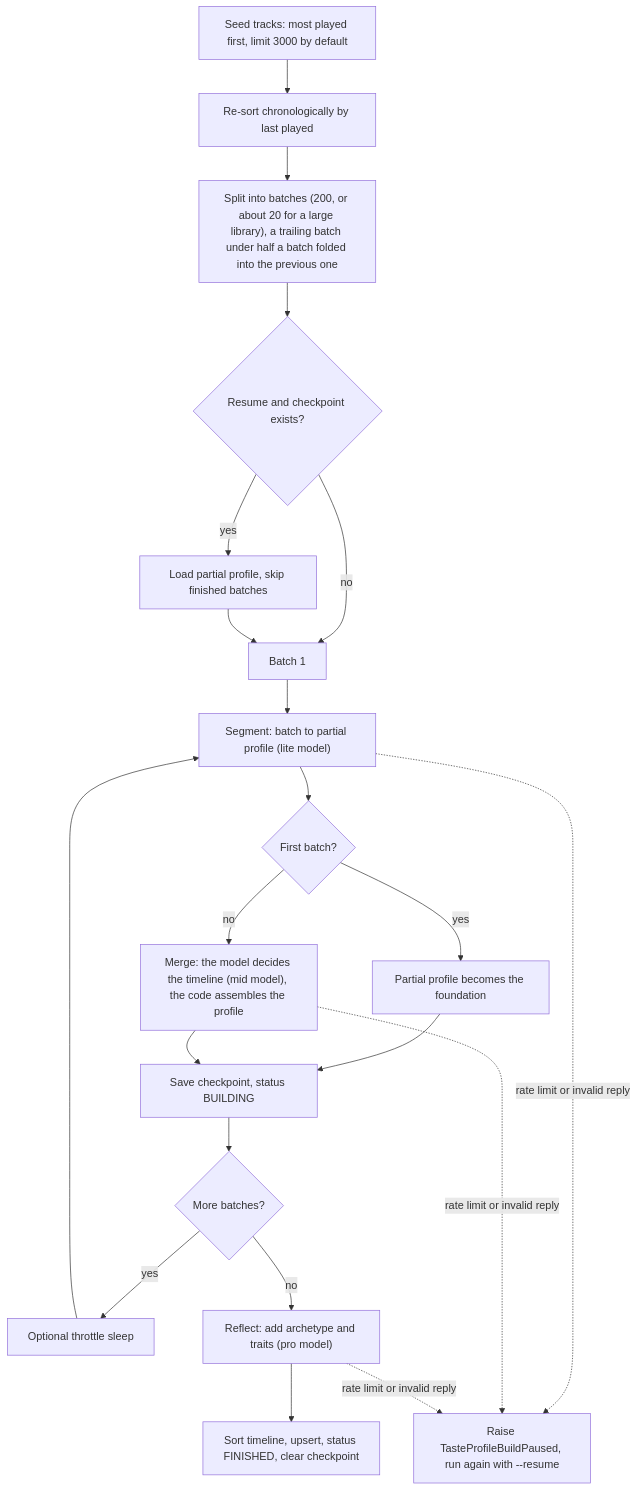
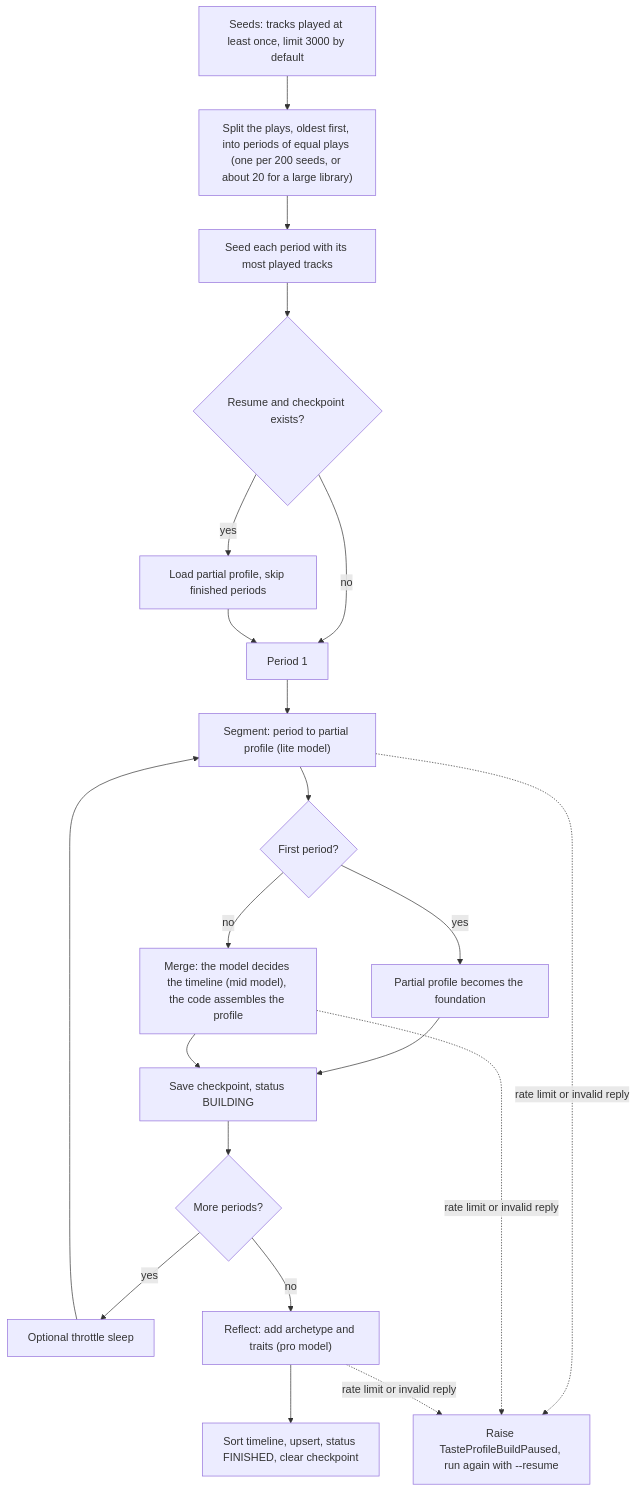
One commit to ychab/museflow changed the diagram in docs/technical/llm-pipeline.md. Above: the diagram before and after it, drawn with Mermaid. The commit also changed other lines of this file and 16 other files, not shown here.

First line of the commit message:
feat(taste): build the profile over listening periods cut from every play

````diff
--- a/docs/technical/llm-pipeline.md
+++ b/docs/technical/llm-pipeline.md
@@ -63,22 +63,22 @@
 ```mermaid
 flowchart TD
-    A["Seed tracks: most played first, limit 3000 by default"] --> B["Re-sort chronologically by last played"]
-    B --> C["Split into batches (200, or about 20 for a large library), a trailing batch under half a batch folded into the previous one"]
+    A["Seeds: tracks played at least once, limit 3000 by default"] --> B["Split the plays, oldest first, into periods of equal plays (one per 200 seeds, or about 20 for a large library)"]
+    B --> C["Seed each period with its most played tracks"]
     C --> D{"Resume and checkpoint exists?"}
-    D -- yes --> E["Load partial profile, skip finished batches"]
-    D -- no --> F["Batch 1"]
+    D -- yes --> E["Load partial profile, skip finished periods"]
+    D -- no --> F["Period 1"]
     E --> F
-    F --> G["Segment: batch to partial profile (lite model)"]
-    G --> H{"First batch?"}
+    F --> G["Segment: period to partial profile (lite model)"]
+    G --> H{"First period?"}
     H -- yes --> I["Partial profile becomes the foundation"]
     H -- no --> J["Merge: the model decides the timeline (mid model), the code assembles the profile"]
     I --> K["Save checkpoint, status BUILDING"]
     J --> K
-    K --> L{"More batches?"}
+    K --> L{"More periods?"}
     L -- yes --> M["Optional throttle sleep"] --> G
     L -- no --> N["Reflect: add archetype and traits (pro model)"]
     N --> O["Sort timeline, upsert, status FINISHED, clear checkpoint"]
     G -. rate limit or invalid reply .-> P["Raise TasteProfileBuildPaused, run again with --resume"]
     J -. rate limit or invalid reply .-> P
     N -. rate limit or invalid reply .-> P
 ```
````
